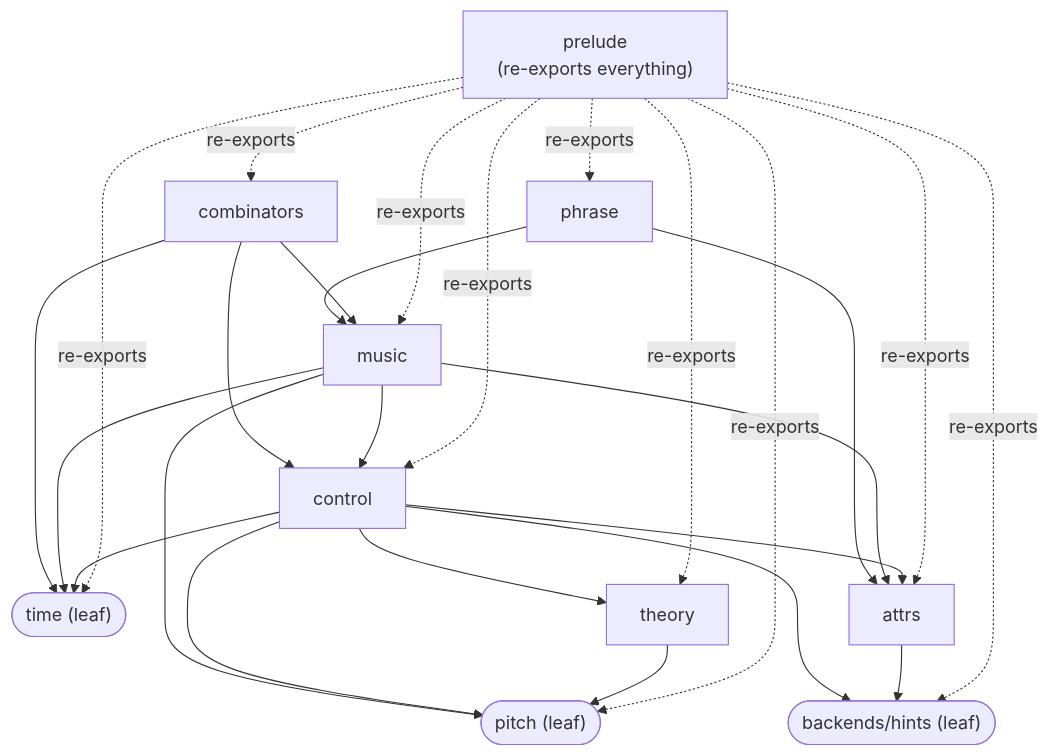
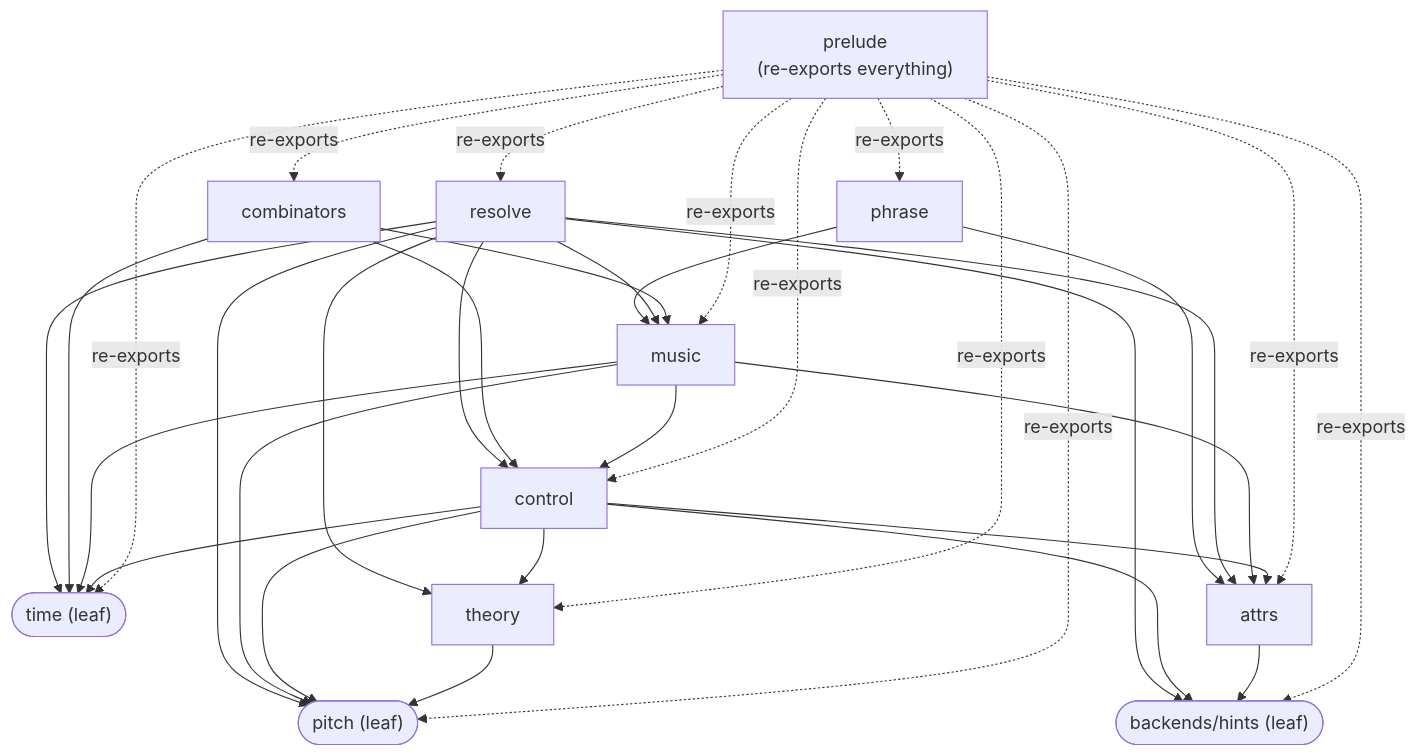
Before and after one commit to Soushi888/music-as-code: the first of 2 diagrams in docs/ARCHITECTURE.md, drawn with Mermaid. The commit also changed other lines of this file and 6 other files, not shown here.

First line of the commit message:
feat(resolve): resolver pass from Music to a flat Event list

````diff
--- a/docs/ARCHITECTURE.md
+++ b/docs/ARCHITECTURE.md
@@ -9,17 +9,18 @@
 ```mermaid
 graph TD
     prelude["prelude<br/>(re-exports everything)"]
 
     pitch(["pitch (leaf)"])
     time(["time (leaf)"])
     hints(["backends/hints (leaf)"])
 
-    prelude -.->|re-exports| pitch & time & hints & attrs & theory & control & music & combinators & phrase
+    prelude -.->|re-exports| pitch & time & hints & attrs & theory & control & music & combinators & resolve & phrase
 
     attrs --> hints
     theory --> pitch
     control --> pitch & time & attrs & theory & hints
     music --> pitch & time & attrs & control
     combinators --> music & control & time
+    resolve --> music & control & theory & pitch & time & attrs & hints
     phrase --> music & attrs
 ```
````
